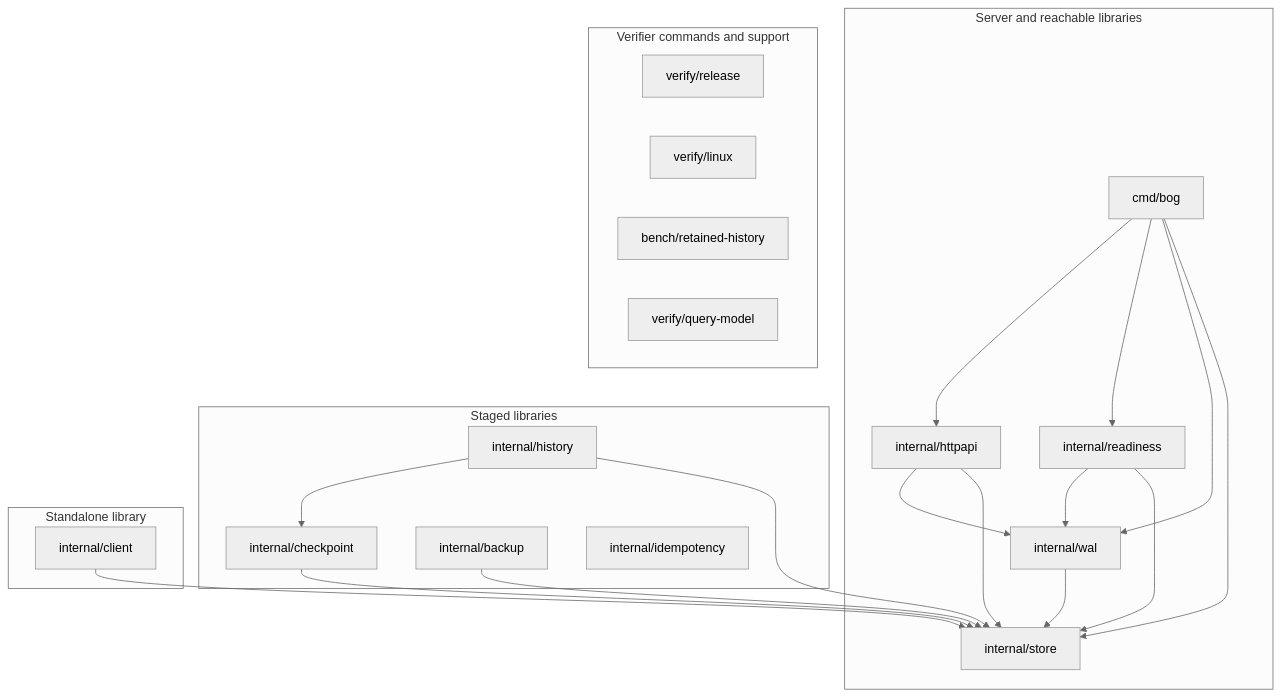
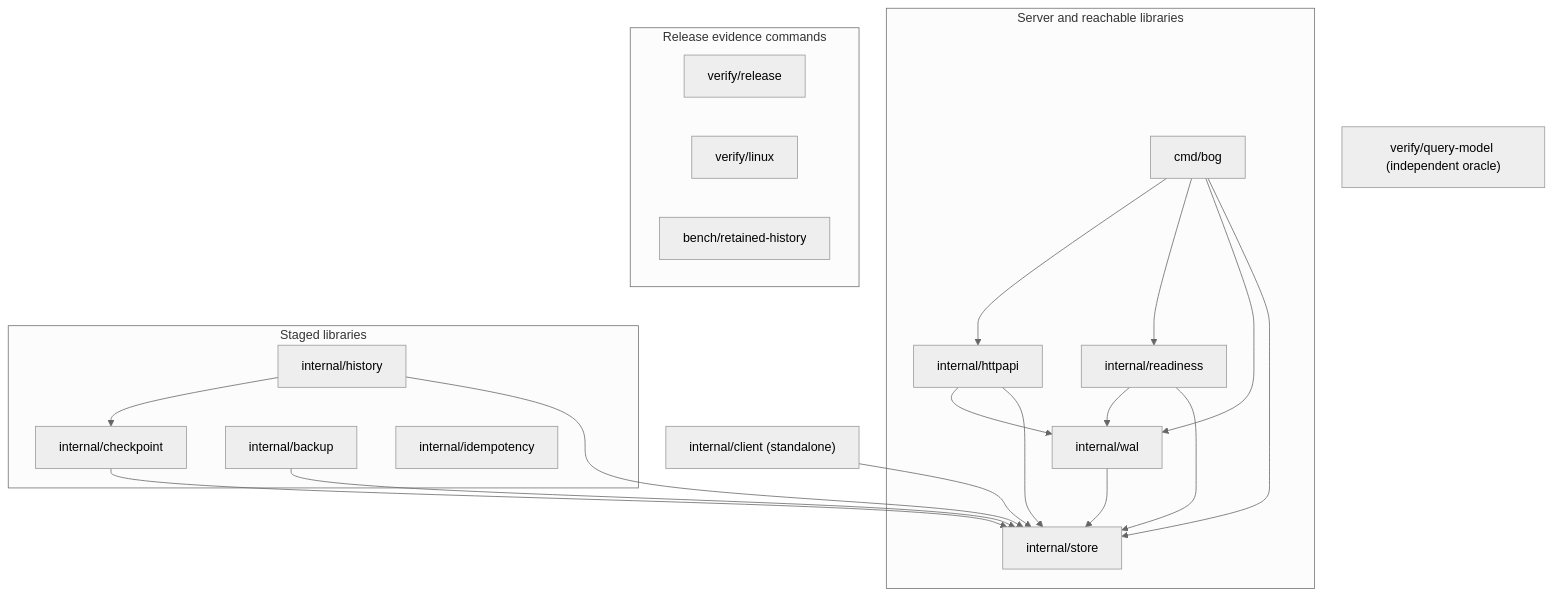
The diagram in docs/architecture/SYSTEM.md (tflynn3/bog), drawn with Mermaid (neutral theme) before and after one commit. The commit also changed other lines of this file and 2 other files, not shown here.

Commit message:
bog: Record release verification boundaries and enforce oracle independence

````diff
--- a/docs/architecture/SYSTEM.md
+++ b/docs/architecture/SYSTEM.md
@@ -24,39 +24,37 @@
 ```mermaid
 flowchart TD
     subgraph Runtime["Server and reachable libraries"]
         Cmd["cmd/bog"]
         HTTP["internal/httpapi"]
         Ready["internal/readiness"]
         WAL["internal/wal"]
         Store["internal/store"]
         Cmd --> HTTP
         Cmd --> Ready
         Cmd --> WAL
         Cmd --> Store
         HTTP --> WAL
         HTTP --> Store
         Ready --> WAL
         Ready --> Store
         WAL --> Store
     end
     subgraph Staged["Staged libraries"]
         Checkpoint["internal/checkpoint"]
         History["internal/history"]
         Backup["internal/backup"]
         Idempotency["internal/idempotency"]
         History --> Checkpoint
     end
     Checkpoint --> Store
     History --> Store
     Backup --> Store
-    subgraph Standalone["Standalone library"]
-        Client["internal/client"]
-    end
-    Client --> Store
-    subgraph Evidence["Verifier commands and support"]
+    subgraph Evidence["Release evidence commands"]
         Admission["verify/release"]
         Durability["verify/linux"]
         Capacity["bench/retained-history"]
-        Model["verify/query-model"]
     end
+    Client["internal/client (standalone)"]
+    Model["verify/query-model (independent oracle)"]
+    Client --> Store
 ```
````
